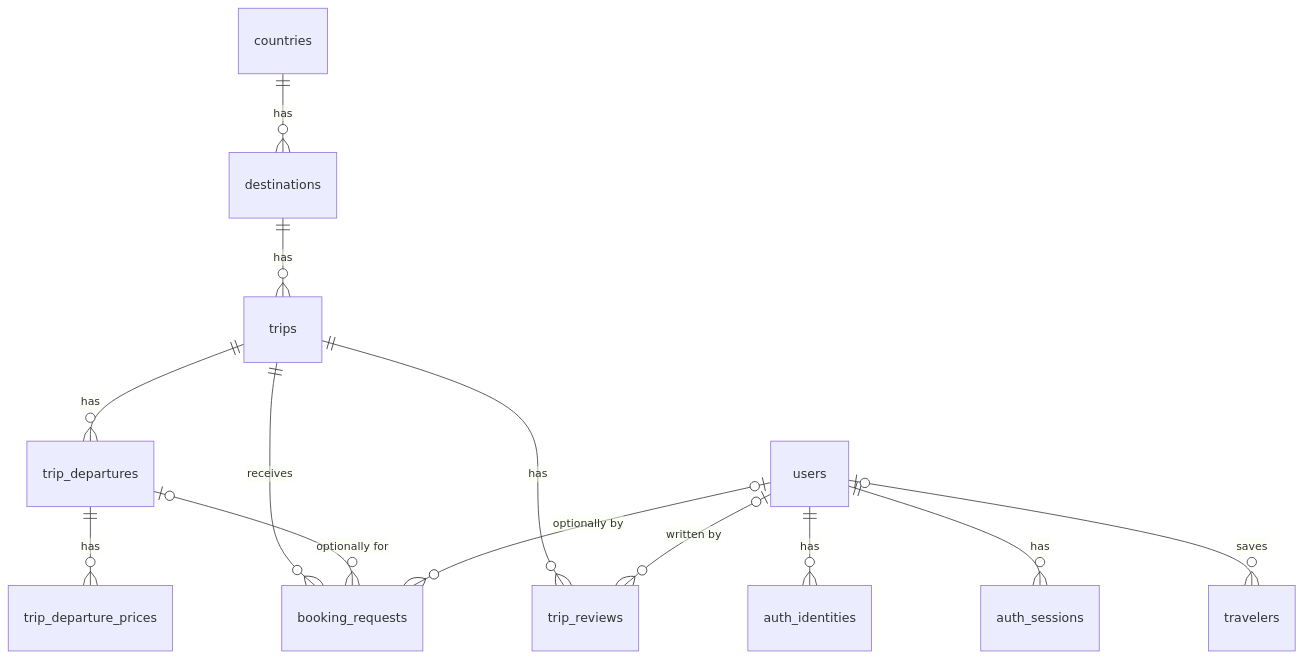
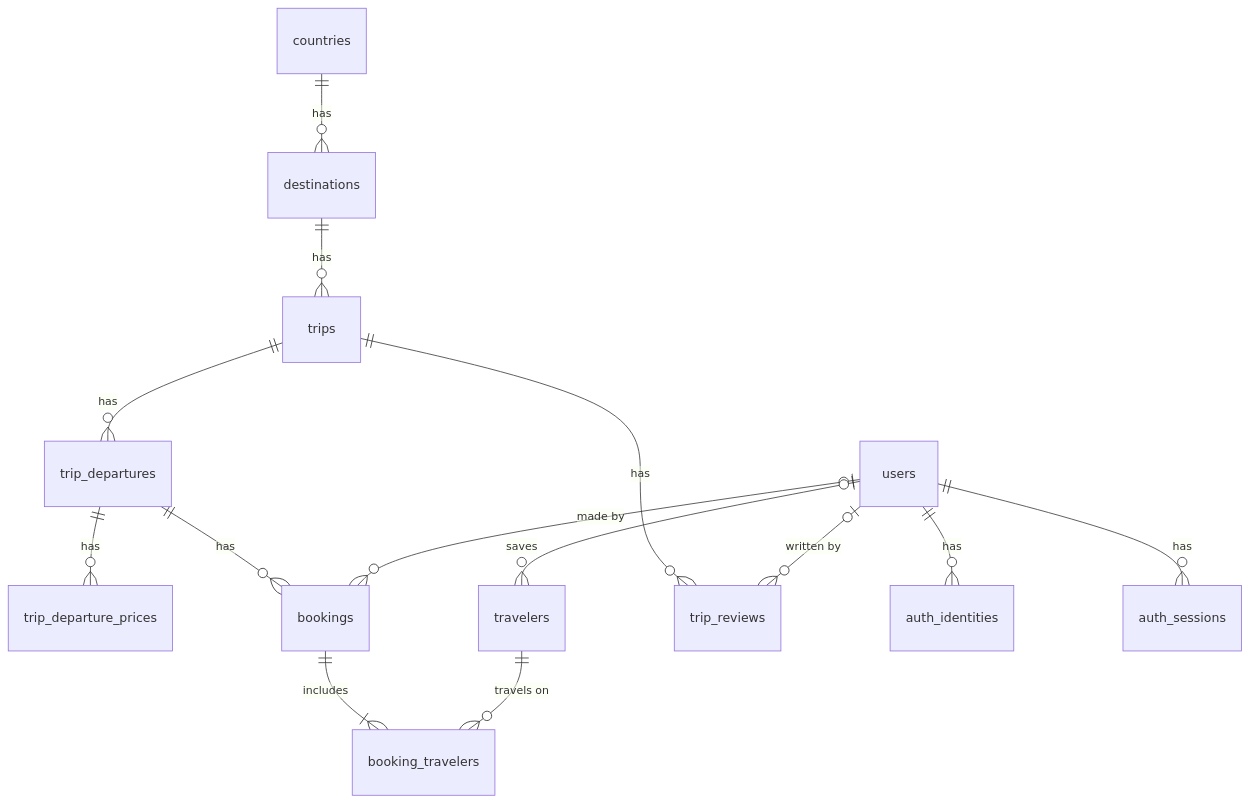
The diagram in docs/entities.md (codevibesme/ghumbo-backend), drawn with Mermaid before and after one commit. The commit also changed other lines of this file and 55 other files, not shown here.

````diff
--- a/docs/entities.md
+++ b/docs/entities.md
@@ -7,15 +7,16 @@
 ```mermaid
 erDiagram
     countries ||--o{ destinations : "has"
     destinations ||--o{ trips : "has"
     trips ||--o{ trip_departures : "has"
     trip_departures ||--o{ trip_departure_prices : "has"
-    trips ||--o{ booking_requests : "receives"
-    trip_departures |o--o{ booking_requests : "optionally for"
-    users |o--o{ booking_requests : "optionally by"
+    trip_departures ||--o{ bookings : "has"
+    users |o--o{ bookings : "made by"
+    bookings ||--|{ booking_travelers : "includes"
+    travelers ||--o{ booking_travelers : "travels on"
     trips ||--o{ trip_reviews : "has"
     users |o--o{ trip_reviews : "written by"
     users ||--o{ auth_identities : "has"
     users ||--o{ auth_sessions : "has"
     users |o--o{ travelers : "saves"
 ```
````
